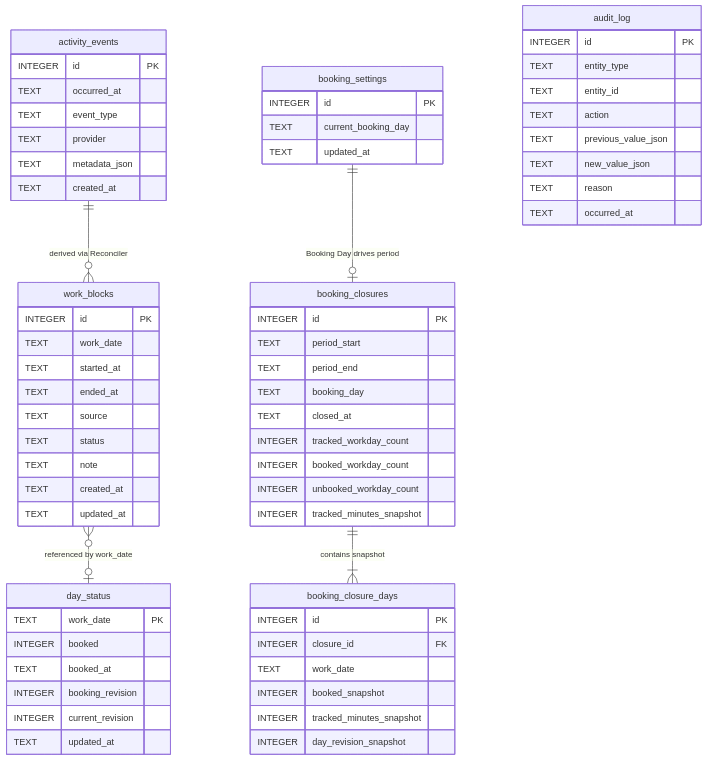
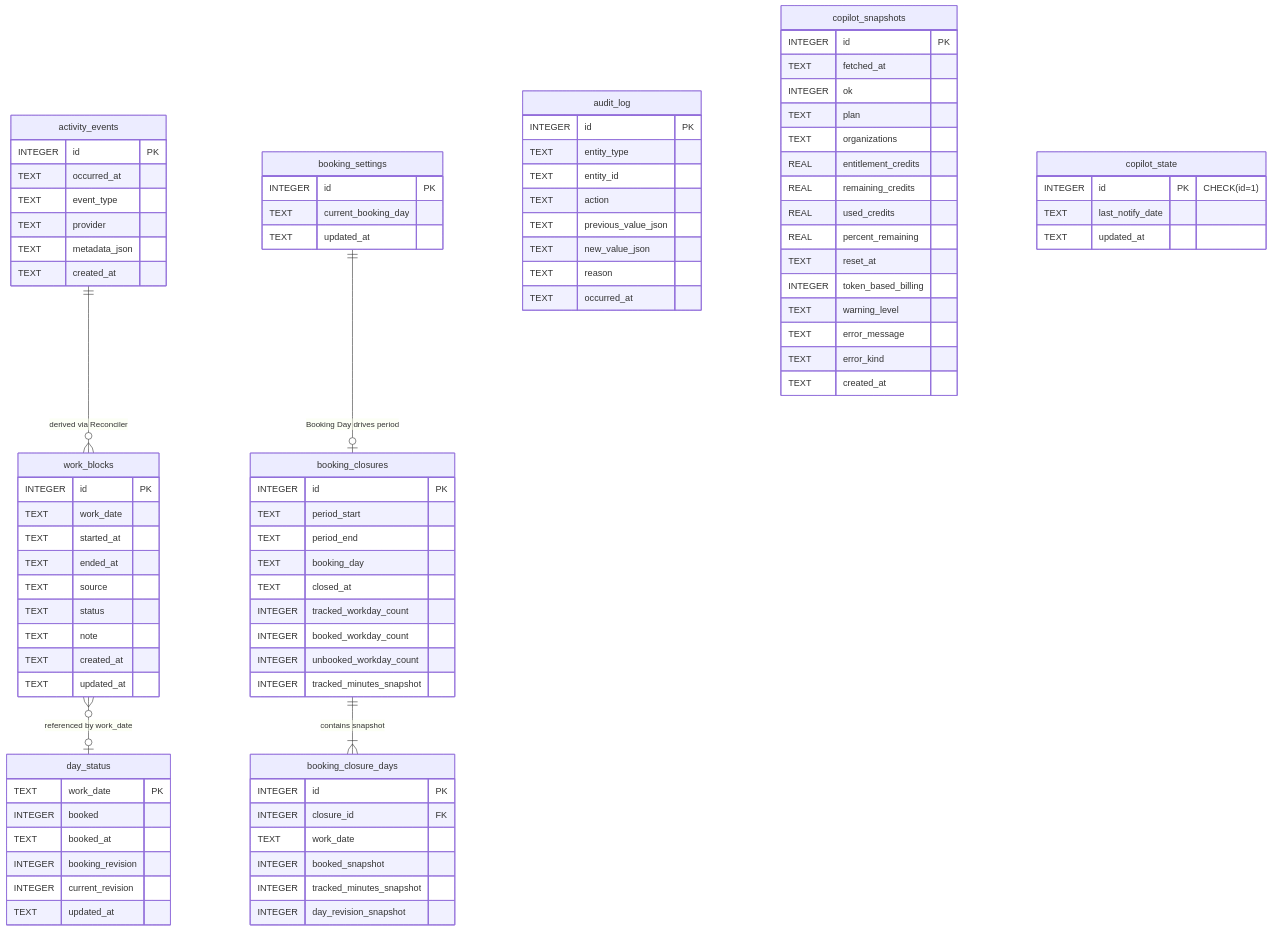
The eighth of 9 diagrams in docs/architecture.md (smeir/Zeitspur), drawn with Mermaid before and after one commit. The commit also changed other lines of this file and 37 other files, not shown here.

````diff
--- a/docs/architecture.md
+++ b/docs/architecture.md
@@ -342,4 +397,28 @@
     TEXT reason
     TEXT occurred_at
   }
+
+  copilot_snapshots {
+    INTEGER id PK
+    TEXT fetched_at
+    INTEGER ok
+    TEXT plan
+    TEXT organizations
+    REAL entitlement_credits
+    REAL remaining_credits
+    REAL used_credits
+    REAL percent_remaining
+    TEXT reset_at
+    INTEGER token_based_billing
+    TEXT warning_level
+    TEXT error_message
+    TEXT error_kind
+    TEXT created_at
+  }
+
+  copilot_state {
+    INTEGER id PK "CHECK(id=1)"
+    TEXT last_notify_date
+    TEXT updated_at
+  }
 ```
````
